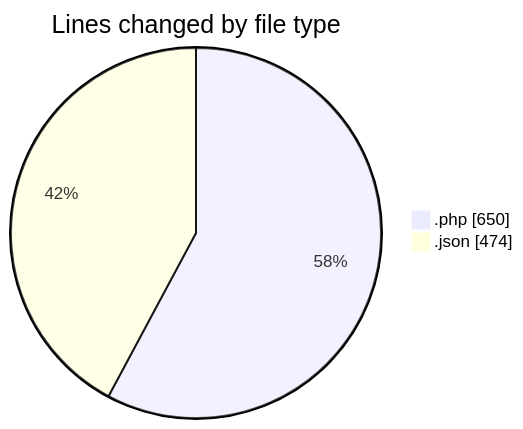
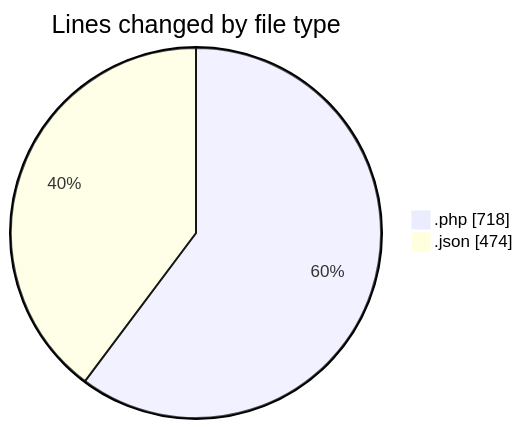
Before and after one commit to idhammustaqopulfikri/code-tracking: the first of 2 diagrams in 2025-05-16/booking/README.md, drawn with Mermaid. The commit also changed other lines of this file and 1 other file, not shown here.

````diff
--- a/2025-05-16/booking/README.md
+++ b/2025-05-16/booking/README.md
@@ -35,6 +36,6 @@
 ```mermaid
 pie showData
 title Lines changed by file type
-".php" : 650
+".php" : 718
 ".json" : 474
 ```
````
